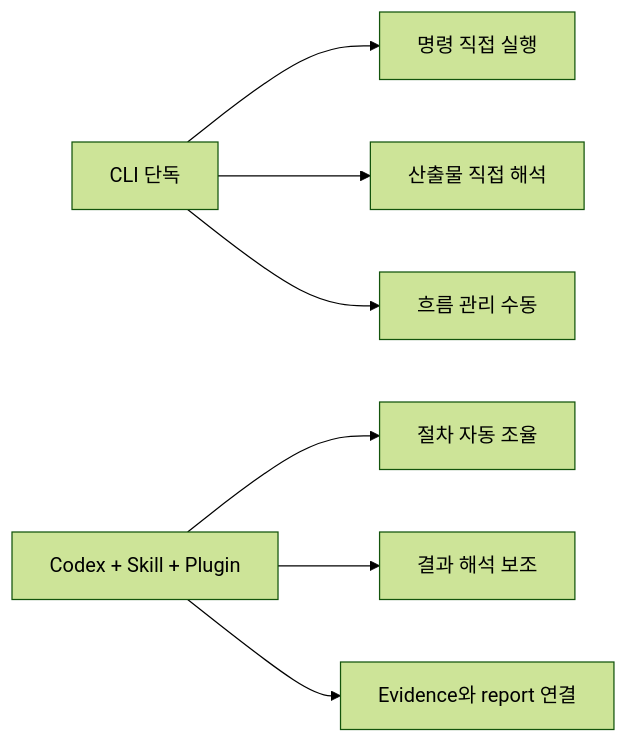
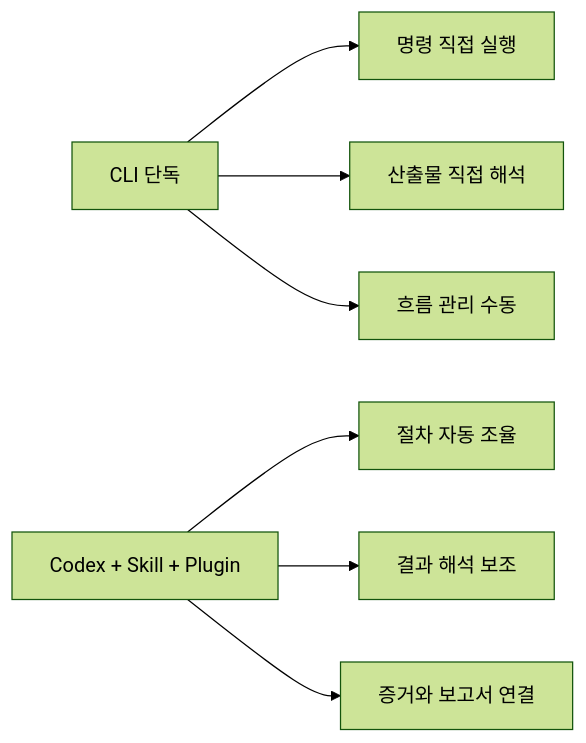
One commit to koalav/present-anyything changed diagram 18 of 19 in content/decks/codex-deeplink-audit-guide/source.md. Above: the diagram before and after it, drawn with Mermaid (forest theme). The commit also changed other lines of this file and 26 other files, not shown here.

````diff
--- a/content/decks/codex-deeplink-audit-guide/source.md
+++ b/content/decks/codex-deeplink-audit-guide/source.md
@@ -372,10 +372,10 @@
 ```mermaid
 flowchart LR
     A[CLI 단독] --> A1[명령 직접 실행]
     A --> A2[산출물 직접 해석]
     A --> A3[흐름 관리 수동]
 
     B[Codex + Skill + Plugin] --> B1[절차 자동 조율]
     B --> B2[결과 해석 보조]
-    B --> B3[Evidence와 report 연결]
+    B --> B3[증거와 보고서 연결]
 ```
````
